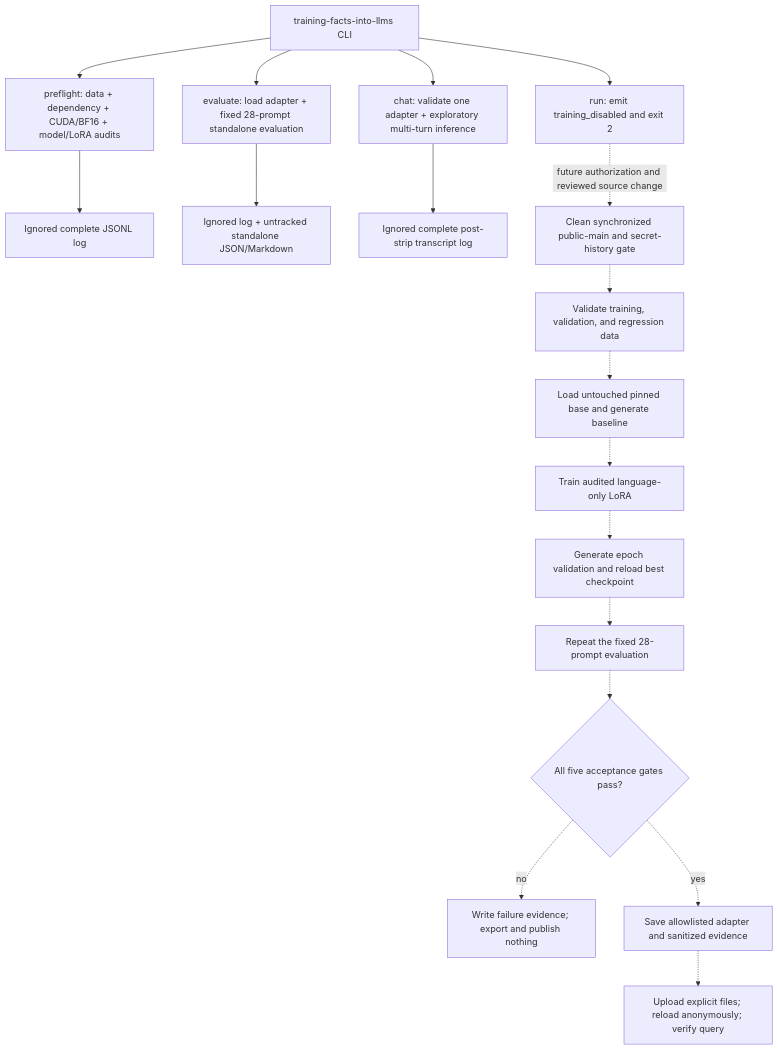
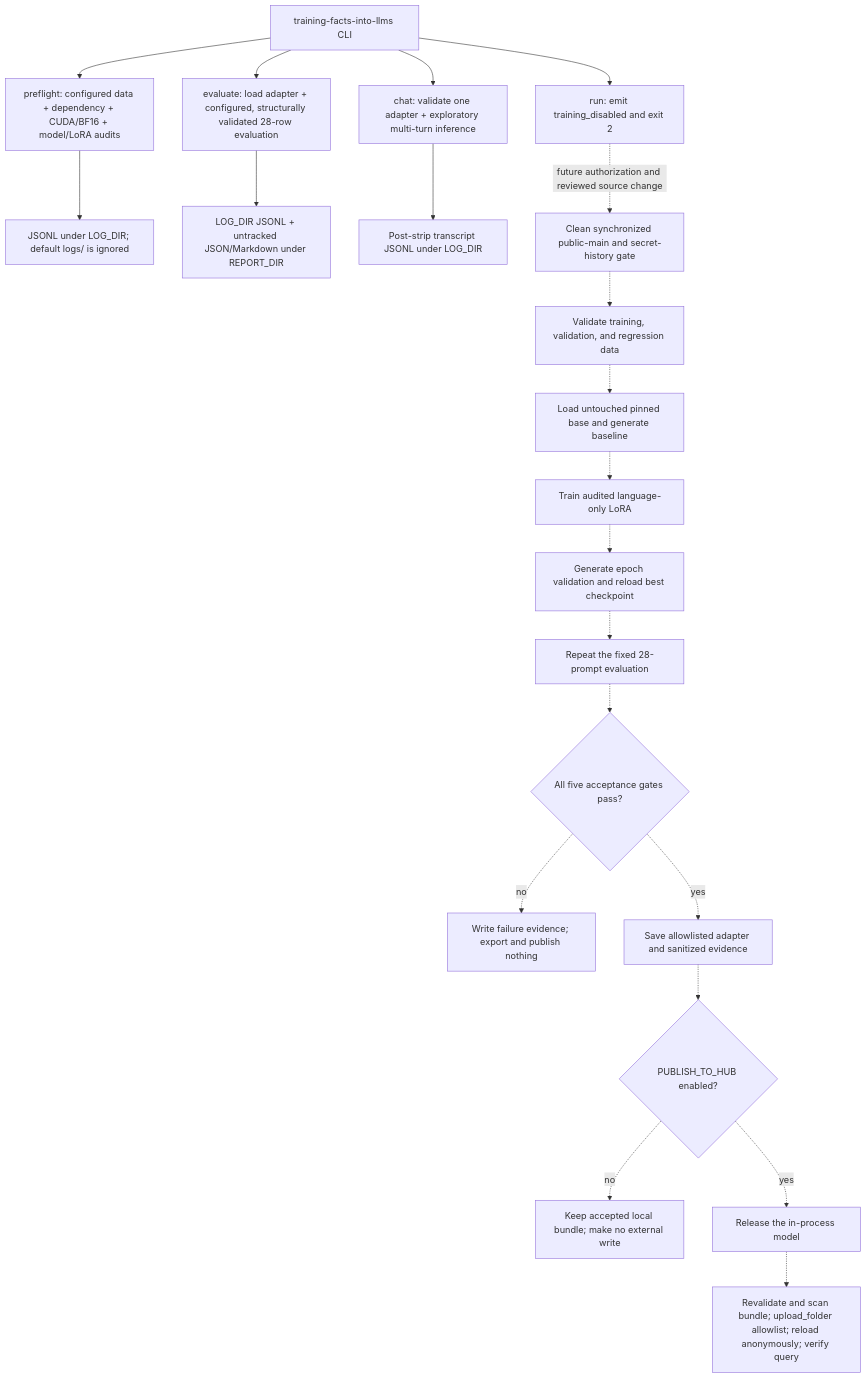
The diagram in README.md (BurnyCoder/fact-teaching), drawn with Mermaid before and after one commit. The commit also changed other lines of this file and 6 other files, not shown here.

````diff
--- a/README.md
+++ b/README.md
@@ -144,20 +146,23 @@
 ```mermaid
 flowchart TD
     CLI["training-facts-into-llms CLI"] --> RUN["run: emit training_disabled and exit 2"]
-    CLI --> PRE["preflight: data + dependency + CUDA/BF16 + model/LoRA audits"]
-    CLI --> EVAL["evaluate: load adapter + fixed 28-prompt standalone evaluation"]
+    CLI --> PRE["preflight: configured data + dependency + CUDA/BF16 + model/LoRA audits"]
+    CLI --> EVAL["evaluate: load adapter + configured, structurally validated 28-row evaluation"]
     CLI --> CHAT["chat: validate one adapter + exploratory multi-turn inference"]
-    PRE --> ILOG["Ignored complete JSONL log"]
-    EVAL --> SREPORT["Ignored log + untracked standalone JSON/Markdown"]
-    CHAT --> CLOG["Ignored complete post-strip transcript log"]
+    PRE --> ILOG["JSONL under LOG_DIR; default logs/ is ignored"]
+    EVAL --> SREPORT["LOG_DIR JSONL + untracked JSON/Markdown under REPORT_DIR"]
+    CHAT --> CLOG["Post-strip transcript JSONL under LOG_DIR"]
     RUN -. "future authorization and reviewed source change" .-> GATE["Clean synchronized public-main and secret-history gate"]
     GATE -.-> DATA["Validate training, validation, and regression data"]
     DATA -.-> BASE["Load untouched pinned base and generate baseline"]
     BASE -.-> TRAIN["Train audited language-only LoRA"]
     TRAIN -.-> SELECT["Generate epoch validation and reload best checkpoint"]
     SELECT -.-> TUNED["Repeat the fixed 28-prompt evaluation"]
     TUNED -.-> ACCEPT{"All five acceptance gates pass?"}
     ACCEPT -. "no" .-> FAIL["Write failure evidence; export and publish nothing"]
     ACCEPT -. "yes" .-> SAVE["Save allowlisted adapter and sanitized evidence"]
-    SAVE -.-> HUB["Upload explicit files; reload anonymously; verify query"]
+    SAVE -.-> PUB{"PUBLISH_TO_HUB enabled?"}
+    PUB -. "no" .-> LOCAL["Keep accepted local bundle; make no external write"]
+    PUB -. "yes" .-> RELEASE["Release the in-process model"]
+    RELEASE -.-> HUB["Revalidate and scan bundle; upload_folder allowlist; reload anonymously; verify query"]
 ```
````
